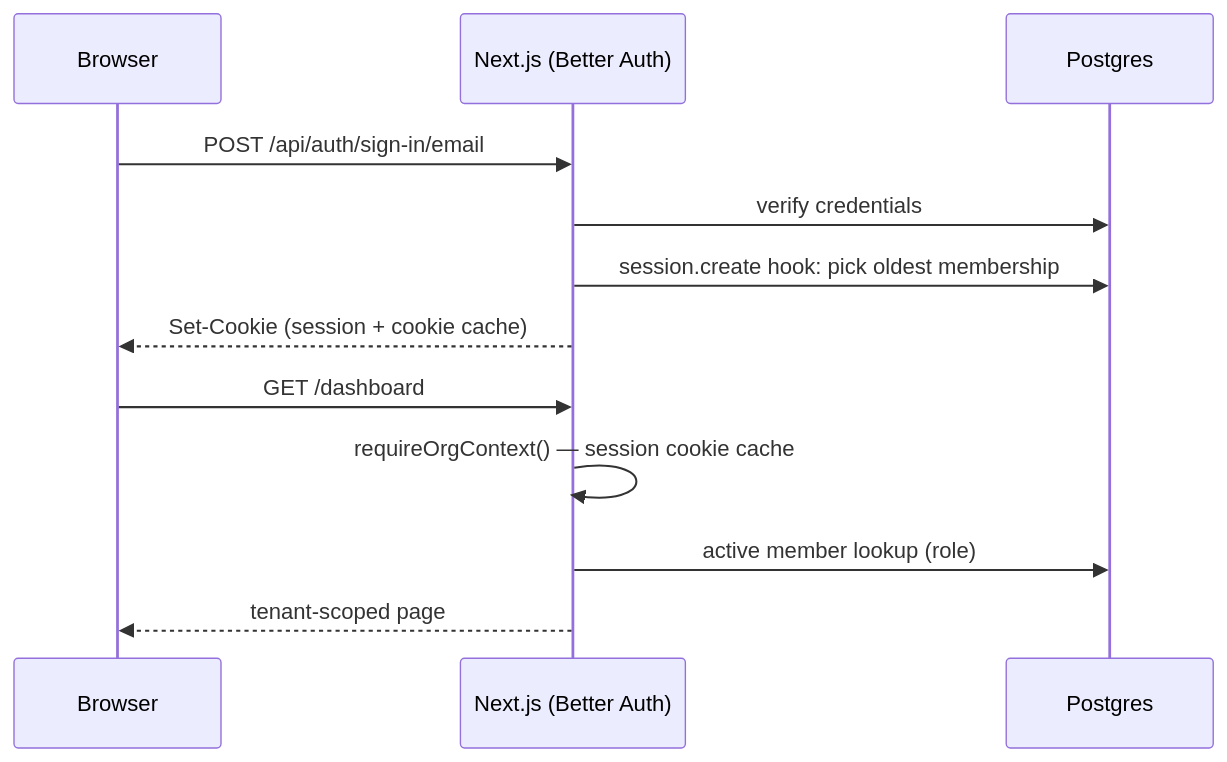
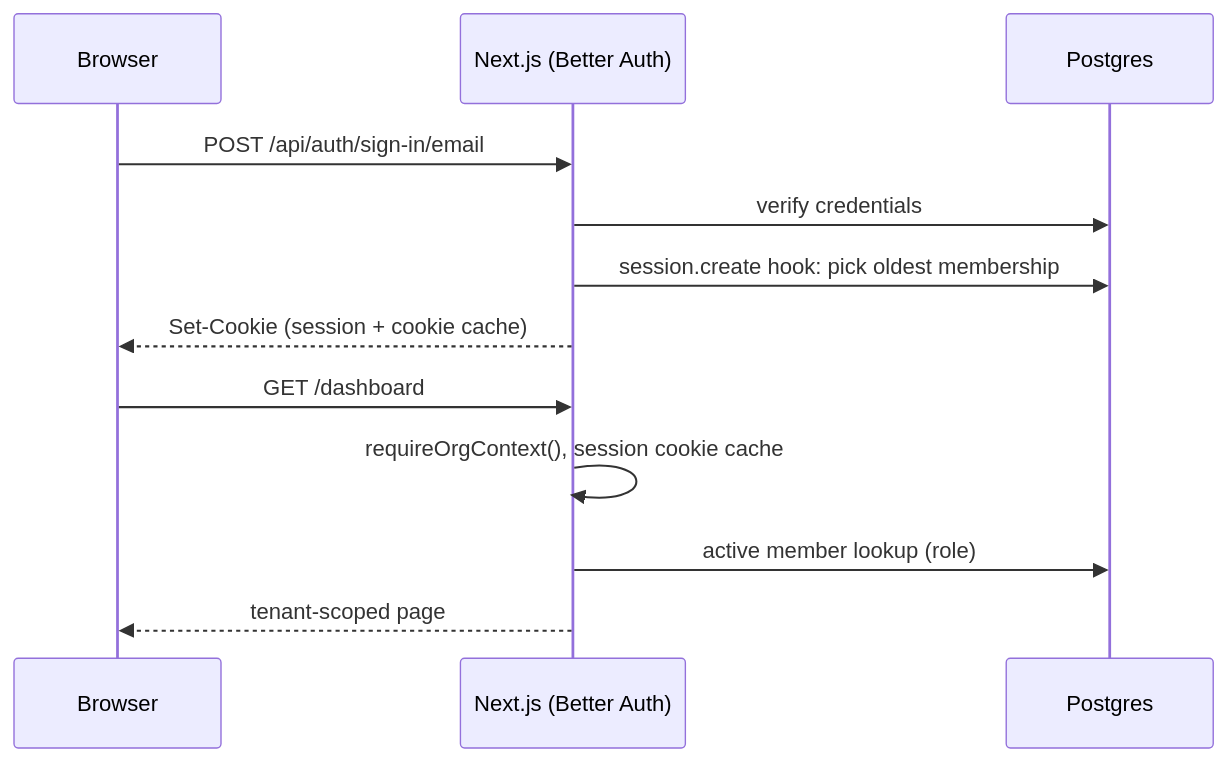
One commit to dev-matow/onuptime-docker changed the third of 3 diagrams in ARCHITECTURE.md. Above: the diagram before and after it, drawn with Mermaid. The commit also changed other lines of this file and 121 other files, not shown here.

````diff
--- a/ARCHITECTURE.md
+++ b/ARCHITECTURE.md
@@ -184,15 +184,15 @@
 ```mermaid
 sequenceDiagram
     participant B as Browser
     participant A as Next.js (Better Auth)
     participant PG as Postgres
 
     B->>A: POST /api/auth/sign-in/email
     A->>PG: verify credentials
     A->>PG: session.create hook: pick oldest membership
     A-->>B: Set-Cookie (session + cookie cache)
     B->>A: GET /dashboard
-    A->>A: requireOrgContext() — session cookie cache
+    A->>A: requireOrgContext(), session cookie cache
     A->>PG: active member lookup (role)
     A-->>B: tenant-scoped page
 ```
````
